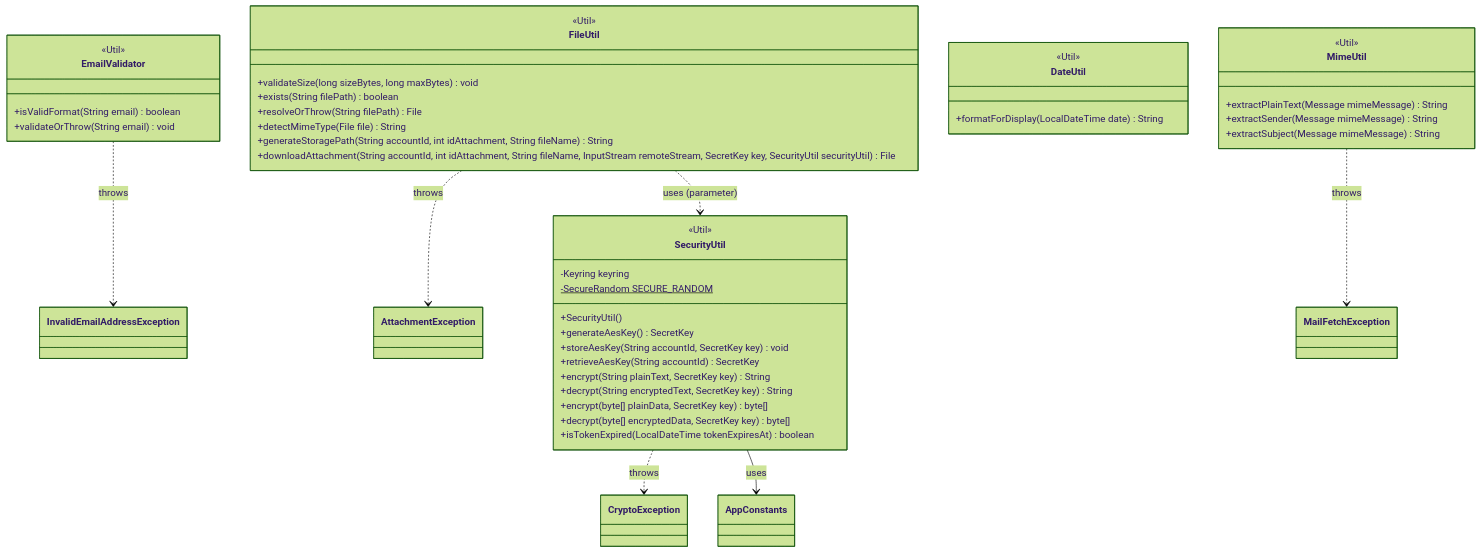
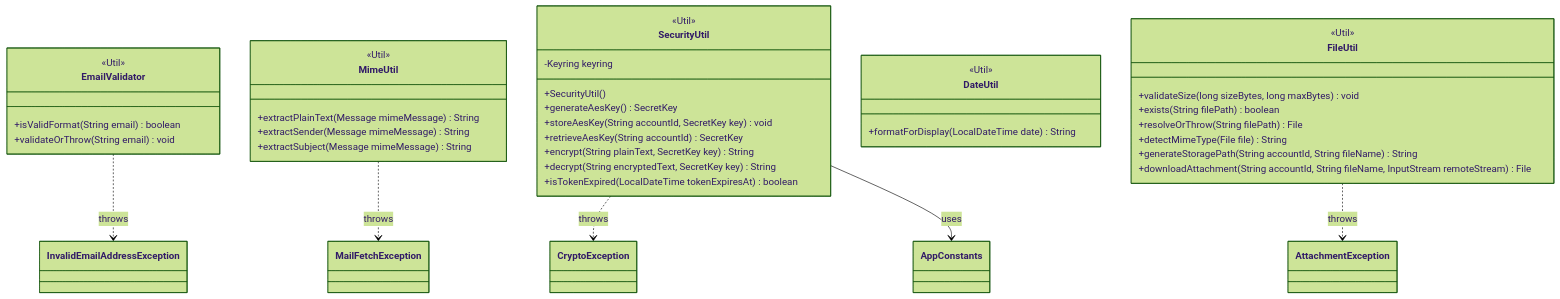
One commit to JuanPablo72000/evermail changed the diagram in docs/diagrams/uml-util.md. Above: the diagram before and after it, drawn with Mermaid (forest theme). The commit also changed other lines of this file and 8 other files, not shown here.

````diff
--- a/docs/diagrams/uml-util.md
+++ b/docs/diagrams/uml-util.md
@@ -1,57 +1,51 @@
 ```mermaid
 classDiagram
     class EmailValidator {
         <<Util>>
         +isValidFormat(String email) boolean
         +validateOrThrow(String email) void
     }
 
     class MimeUtil {
         <<Util>>
         +extractPlainText(Message mimeMessage) String
         +extractSender(Message mimeMessage) String
         +extractSubject(Message mimeMessage) String
     }
 
     class SecurityUtil {
         <<Util>>
         -Keyring keyring
-        -SecureRandom SECURE_RANDOM$
         +SecurityUtil()
         +generateAesKey() SecretKey
         +storeAesKey(String accountId, SecretKey key) void
         +retrieveAesKey(String accountId) SecretKey
         +encrypt(String plainText, SecretKey key) String
         +decrypt(String encryptedText, SecretKey key) String
-        +encrypt(byte[] plainData, SecretKey key) byte[]
-        +decrypt(byte[] encryptedData, SecretKey key) byte[]
         +isTokenExpired(LocalDateTime tokenExpiresAt) boolean
     }
 
     class DateUtil {
         <<Util>>
         +formatForDisplay(LocalDateTime date) String
     }
 
     class FileUtil {
         <<Util>>
         +validateSize(long sizeBytes, long maxBytes) void
         +exists(String filePath) boolean
         +resolveOrThrow(String filePath) File
         +detectMimeType(File file) String
-        +generateStoragePath(String accountId, int idAttachment, String fileName) String
-        +downloadAttachment(String accountId, int idAttachment, String fileName, InputStream remoteStream, SecretKey key, SecurityUtil securityUtil) File
+        +generateStoragePath(String accountId, String fileName) String
+        +downloadAttachment(String accountId, String fileName, InputStream remoteStream) File
     }
 
 %% Dependencies towards exception (throws)
     EmailValidator ..> InvalidEmailAddressException : throws
     MimeUtil ..> MailFetchException : throws
     SecurityUtil ..> CryptoException : throws
     FileUtil ..> AttachmentException : throws
 
 %% Dependencies towards config
     SecurityUtil --> AppConstants : uses
-
-%% Method-level collaboration (parameter, not constructor injection)
-    FileUtil ..> SecurityUtil : uses (parameter)
 ```
````
